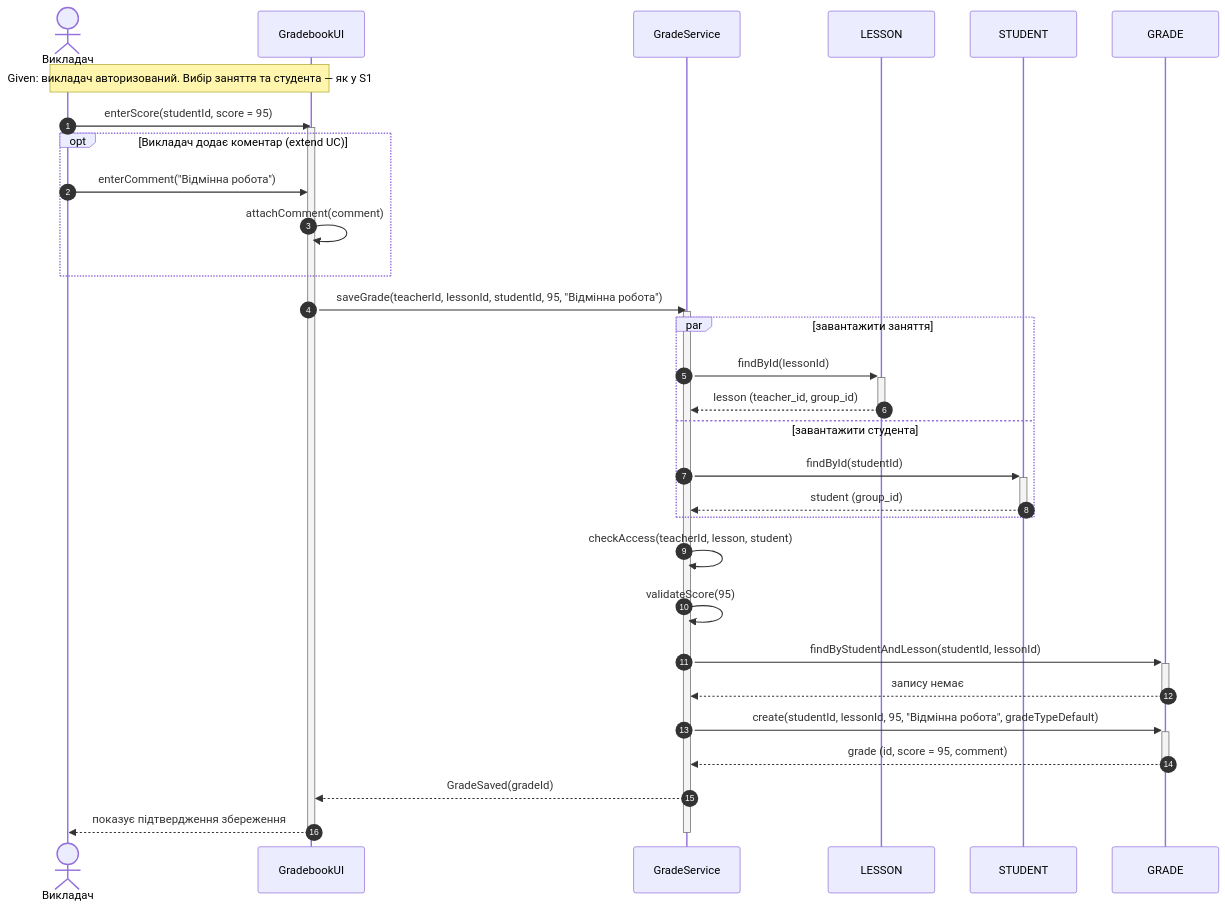
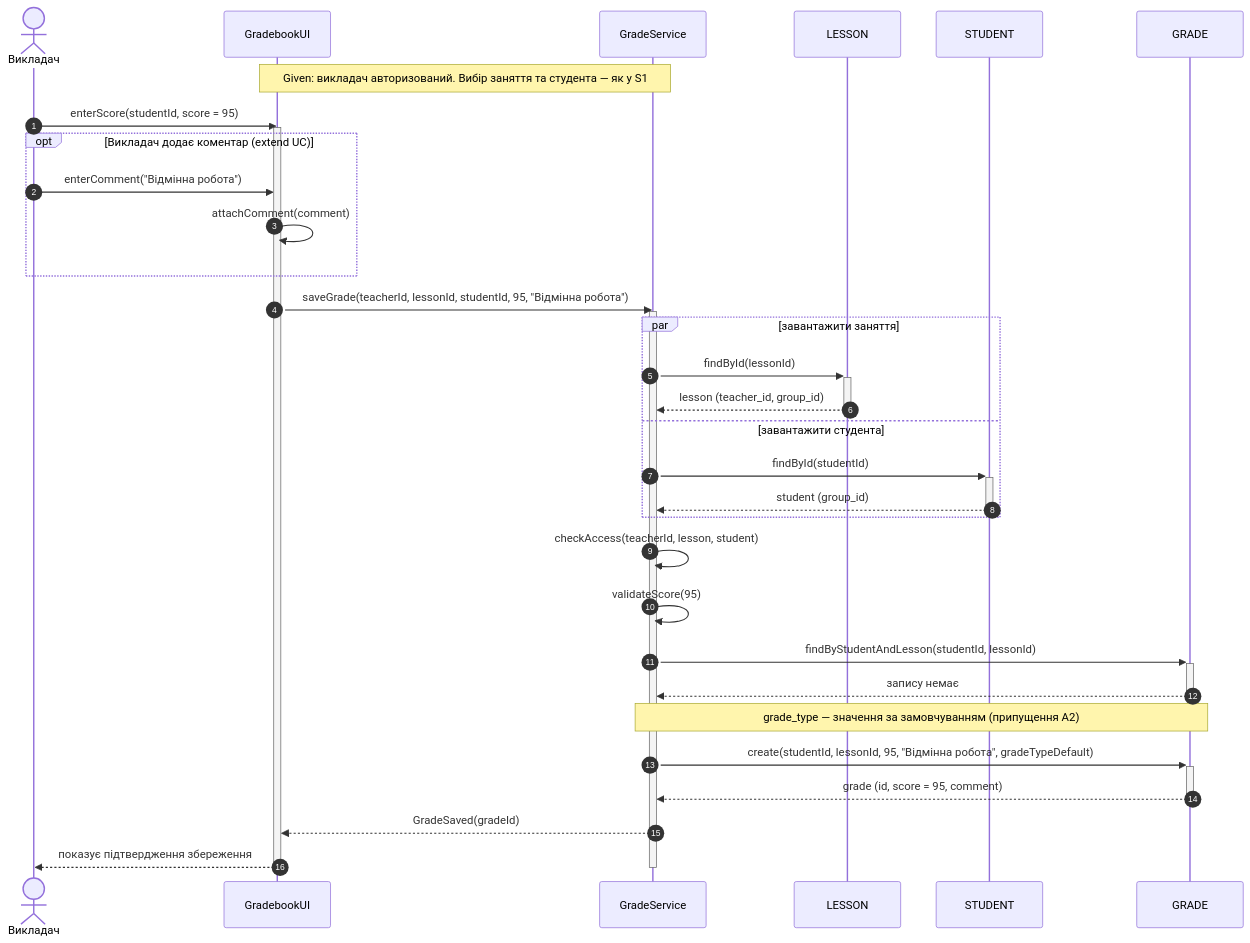
Before and after one commit to Mayki603/gradebook: the fifth of 6 diagrams in sequence-diagrams.md, drawn with Mermaid. The commit also changed other lines of this file, not shown here.

````diff
--- a/sequence-diagrams.md
+++ b/sequence-diagrams.md
@@ -209,37 +212,38 @@
 ```mermaid
 sequenceDiagram
     autonumber
     actor T as Викладач
     participant UI as GradebookUI
     participant GS as GradeService
     participant L as LESSON
     participant S as STUDENT
     participant G as GRADE
 
-    Note over T,UI: Given: викладач авторизований. Вибір заняття та студента — як у S1
+    Note over UI,GS: Given: викладач авторизований. Вибір заняття та студента — як у S1
     T->>UI: enterScore(studentId, score = 95)
     activate UI
     opt Викладач додає коментар (extend UC)
         T->>UI: enterComment("Відмінна робота")
         UI->>UI: attachComment(comment)
     end
     UI->>GS: saveGrade(teacherId, lessonId, studentId, 95, "Відмінна робота")
     activate GS
     par завантажити заняття
         GS->>+L: findById(lessonId)
         L-->>-GS: lesson (teacher_id, group_id)
     and завантажити студента
         GS->>+S: findById(studentId)
         S-->>-GS: student (group_id)
     end
     GS->>GS: checkAccess(teacherId, lesson, student)
     GS->>GS: validateScore(95)
     GS->>+G: findByStudentAndLesson(studentId, lessonId)
     G-->>-GS: запису немає
+    Note over GS,G: grade_type — значення за замовчуванням (припущення A2)
     GS->>+G: create(studentId, lessonId, 95, "Відмінна робота", gradeTypeDefault)
     G-->>-GS: grade (id, score = 95, comment)
     GS-->>UI: GradeSaved(gradeId)
     UI-->>T: показує підтвердження збереження
     deactivate GS
     deactivate UI
 ```
````
